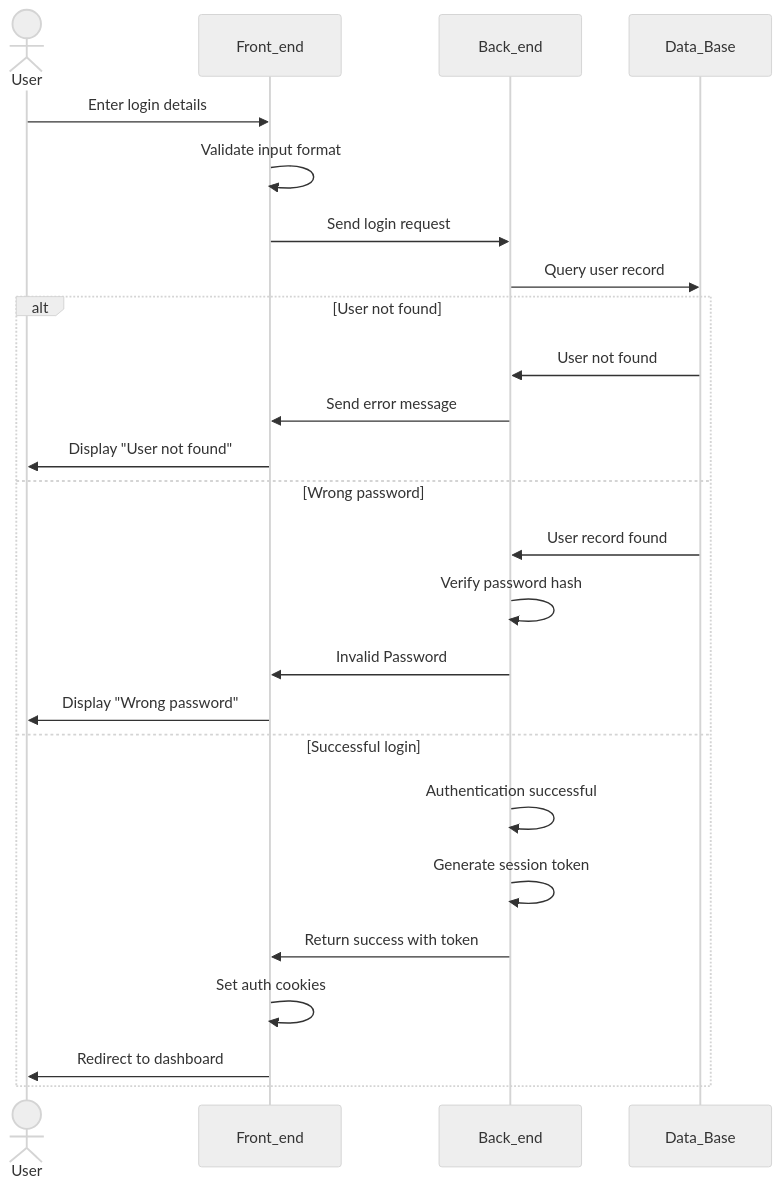
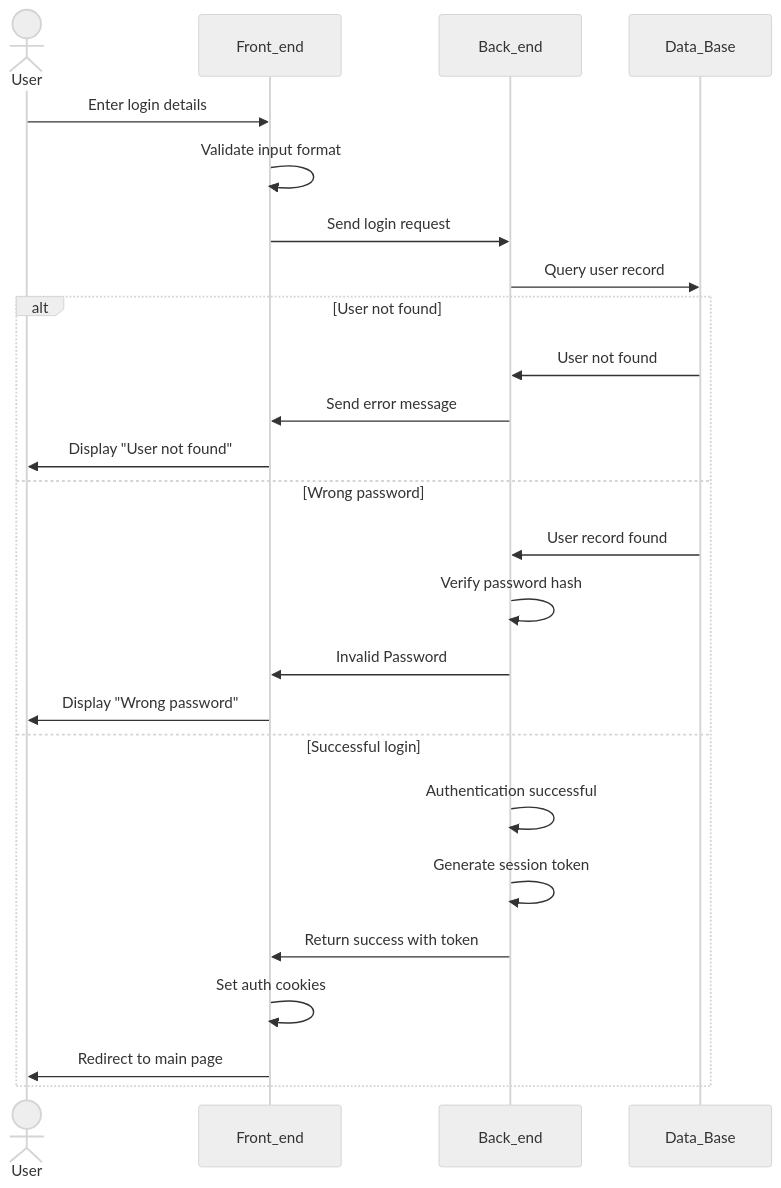
Before and after one commit to AboFawaz305/holberton-portfolio-project: the first of 2 diagrams in stage3/README.md, drawn with Mermaid (neutral theme). The commit also changed other lines of this file, not shown here.

````diff
--- a/stage3/README.md
+++ b/stage3/README.md
@@ -33,31 +33,31 @@
   ```mermaid
 sequenceDiagram
     actor User
     participant Front_end
     participant Back_end
     participant Data_Base
     
 
     User->>Front_end: Enter login details
     Front_end->>Front_end: Validate input format
     Front_end->>Back_end: Send login request
     Back_end->>Data_Base: Query user record
 
 
     alt User not found
         Data_Base->>Back_end: User not found
         Back_end->>Front_end: Send error message
         Front_end->>User: Display "User not found"
     else Wrong password
         Data_Base->>Back_end: User record found
         Back_end->>Back_end: Verify password hash
         Back_end->>Front_end: Invalid Password
         Front_end->>User: Display "Wrong password"
     else Successful login
         Back_end->>Back_end: Authentication successful
         Back_end->>Back_end: Generate session token
         Back_end->>Front_end: Return success with token
         Front_end->>Front_end: Set auth cookies
-        Front_end->>User: Redirect to dashboard
+        Front_end->>User: Redirect to main page
     end
 ```
````
